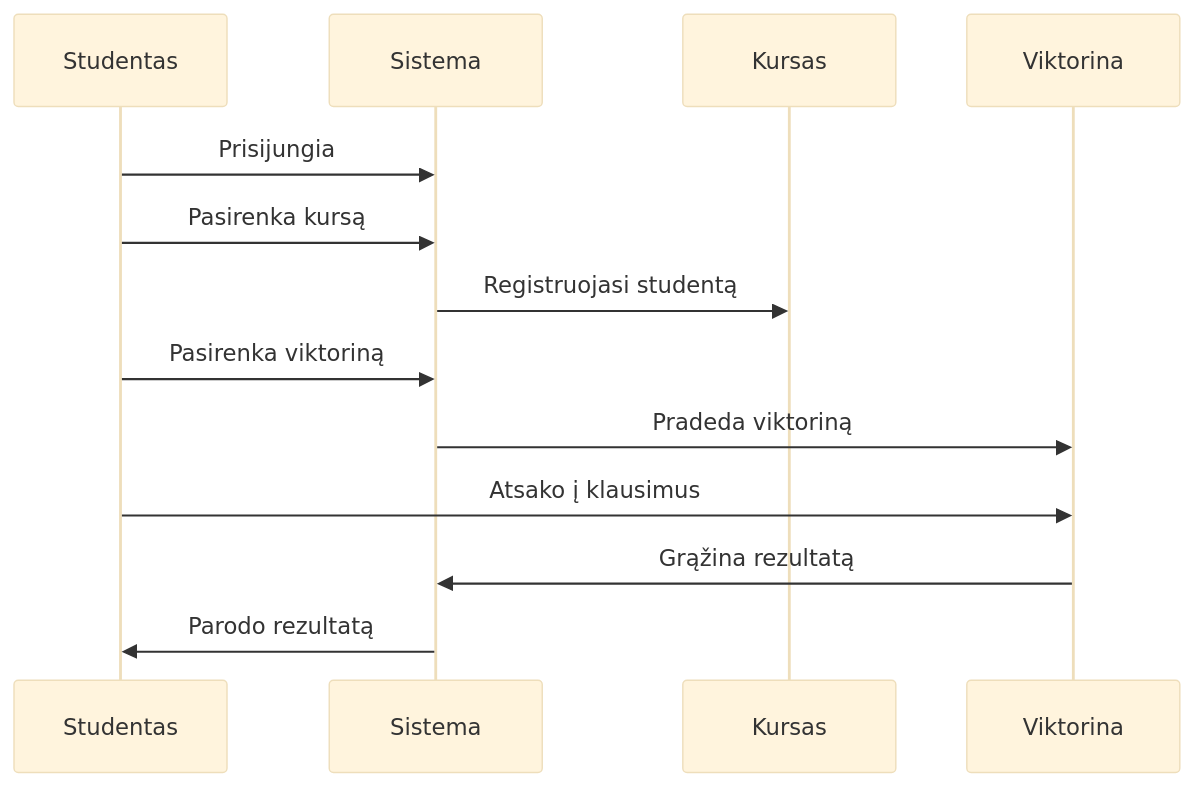
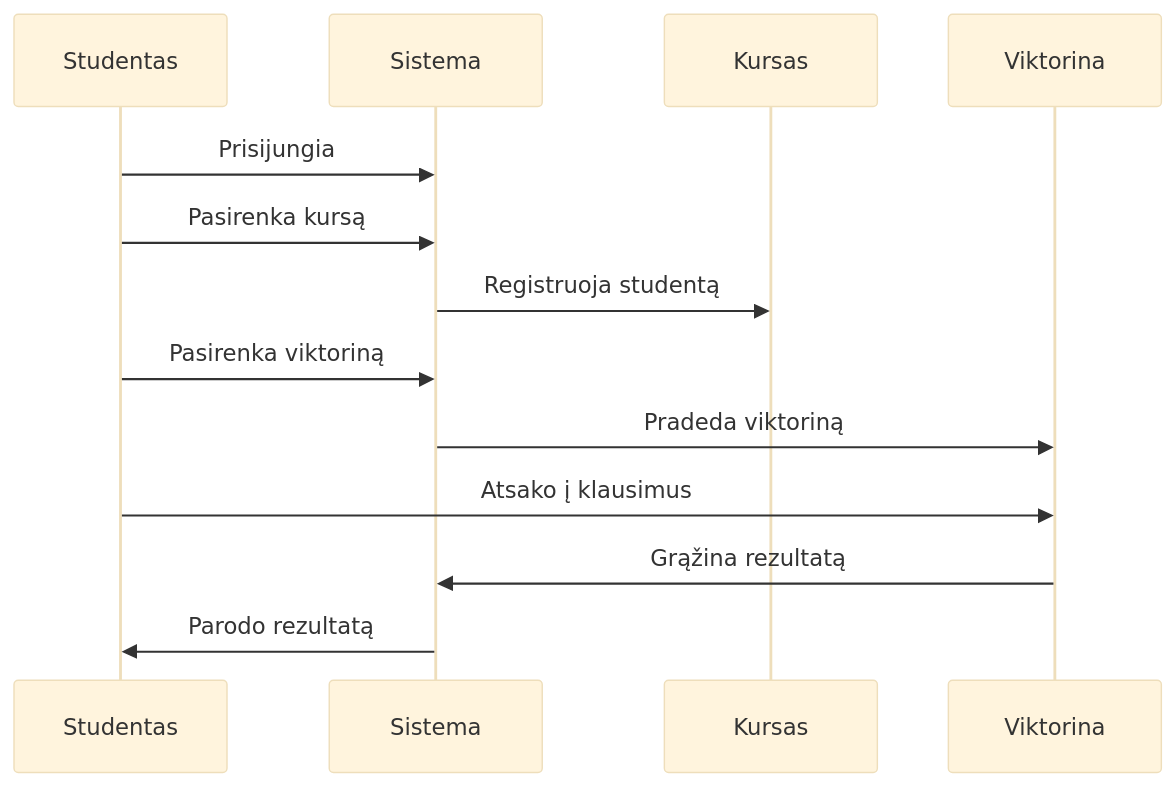
Before and after one commit to Gercius/APRC-DD: the fourth of 4 diagrams in 25-04-25-uzd/diagramos.md, drawn with Mermaid (base theme).

````diff
--- a/25-04-25-uzd/diagramos.md
+++ b/25-04-25-uzd/diagramos.md
@@ -92,16 +92,16 @@
 ```mermaid
   sequenceDiagram
     participant Studentas
     participant Sistema
     participant Kursas
     participant Viktorina
 
     Studentas->>Sistema: Prisijungia
     Studentas->>Sistema: Pasirenka kursą
-    Sistema->>Kursas: Registruojasi studentą
+    Sistema->>Kursas: Registruoja studentą
     Studentas->>Sistema: Pasirenka viktoriną
     Sistema->>Viktorina: Pradeda viktoriną
     Studentas->>Viktorina: Atsako į klausimus
     Viktorina->>Sistema: Grąžina rezultatą
     Sistema->>Studentas: Parodo rezultatą
 ```
````
